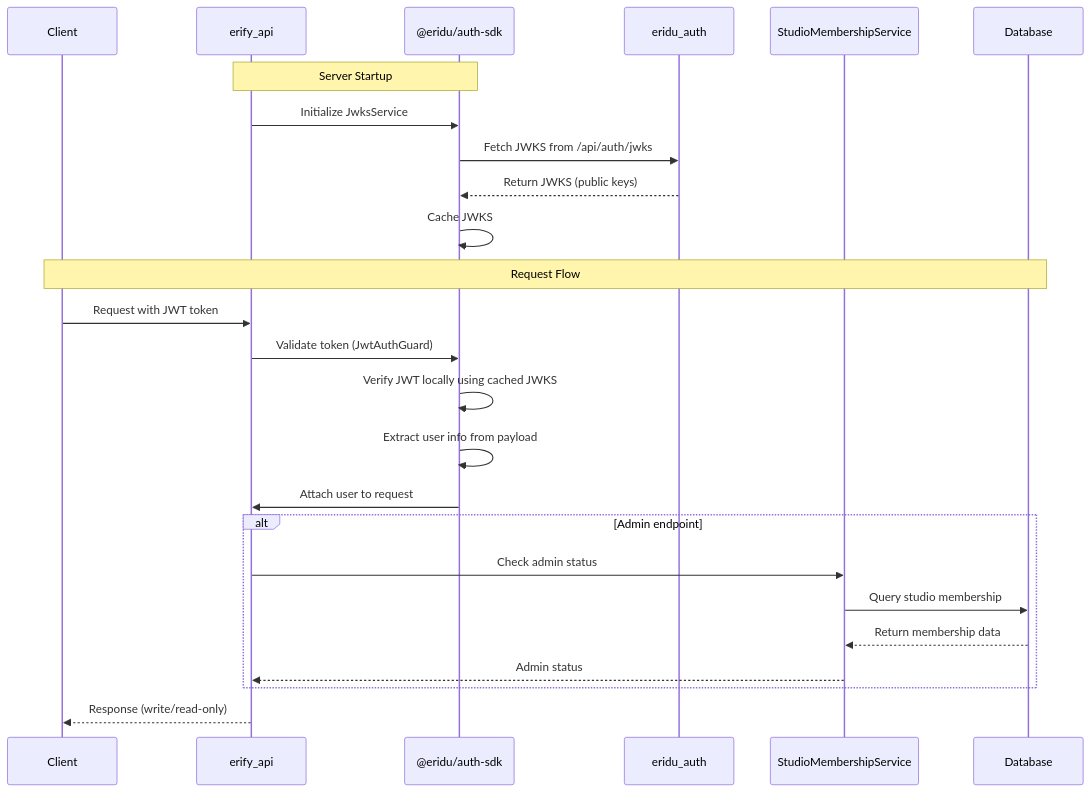
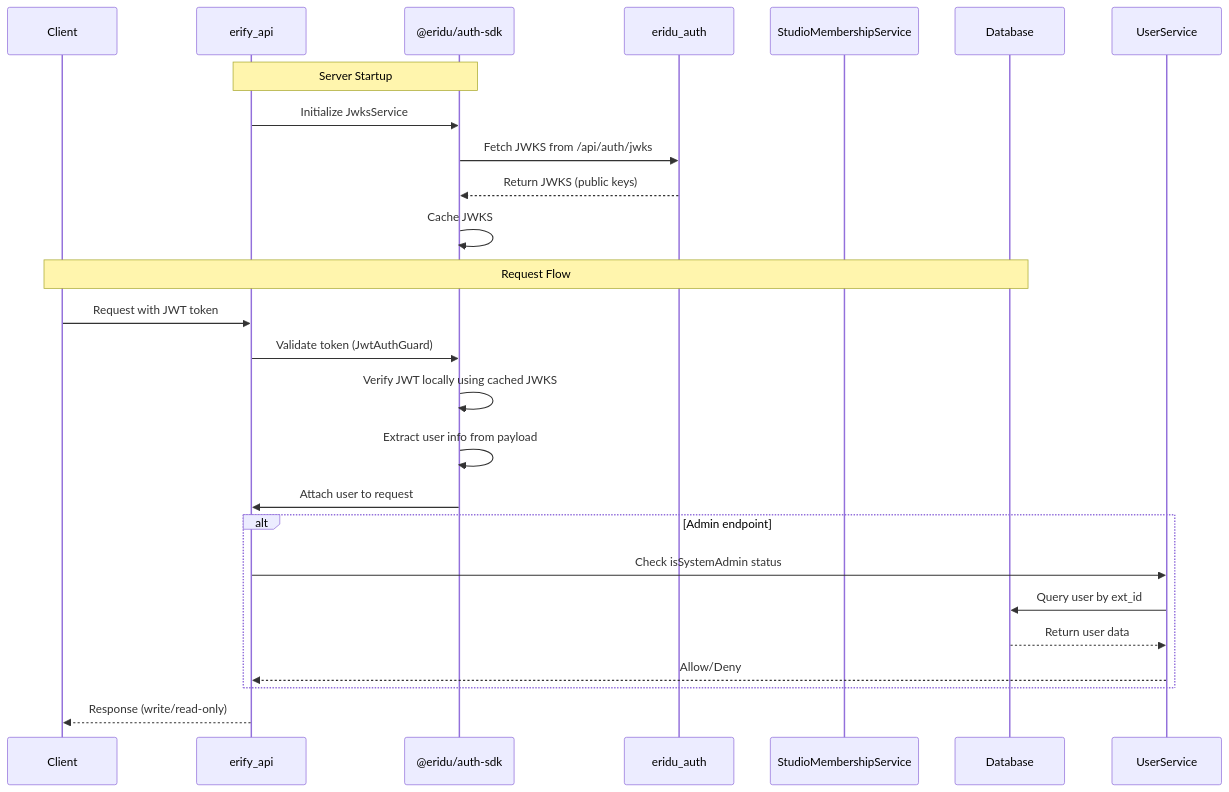
Before and after one commit to allenlin90/eridu-services: the diagram in apps/erify_api/docs/AUTHENTICATION_GUIDE.md, drawn with Mermaid. The commit also changed other lines of this file and 156 other files, not shown here.

````diff
--- a/apps/erify_api/docs/AUTHENTICATION_GUIDE.md
+++ b/apps/erify_api/docs/AUTHENTICATION_GUIDE.md
@@ -19,29 +19,29 @@
 ```mermaid
 sequenceDiagram
     participant Client
     participant API as erify_api
     participant SDK as @eridu/auth-sdk
     participant Auth as eridu_auth
     participant StudioMembershipService
     participant Database
 
     Note over API,SDK: Server Startup
     API->>SDK: Initialize JwksService
     SDK->>Auth: Fetch JWKS from /api/auth/jwks
     Auth-->>SDK: Return JWKS (public keys)
     SDK->>SDK: Cache JWKS
 
     Note over Client,Database: Request Flow
     Client->>API: Request with JWT token
     API->>SDK: Validate token (JwtAuthGuard)
     SDK->>SDK: Verify JWT locally using cached JWKS
     SDK->>SDK: Extract user info from payload
     SDK->>API: Attach user to request
     alt Admin endpoint
-        API->>StudioMembershipService: Check admin status
-        StudioMembershipService->>Database: Query studio membership
-        Database-->>StudioMembershipService: Return membership data
-        StudioMembershipService-->>API: Admin status
+        API->>UserService: Check isSystemAdmin status
+        UserService->>Database: Query user by ext_id
+        Database-->>UserService: Return user data
+        UserService-->>API: Allow/Deny
     end
     API-->>Client: Response (write/read-only)
 ```
````
